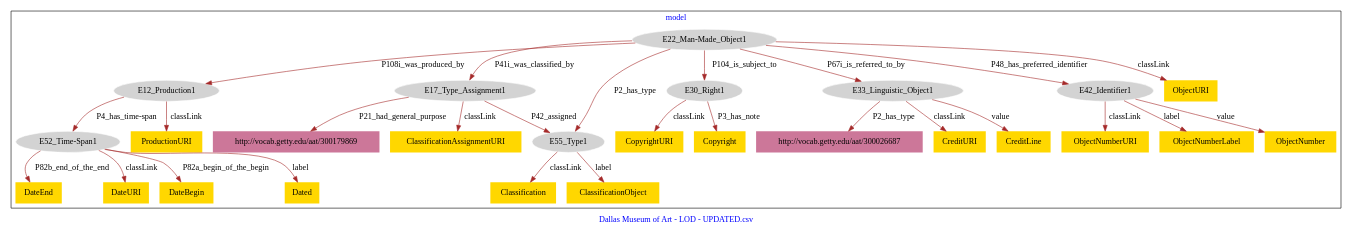
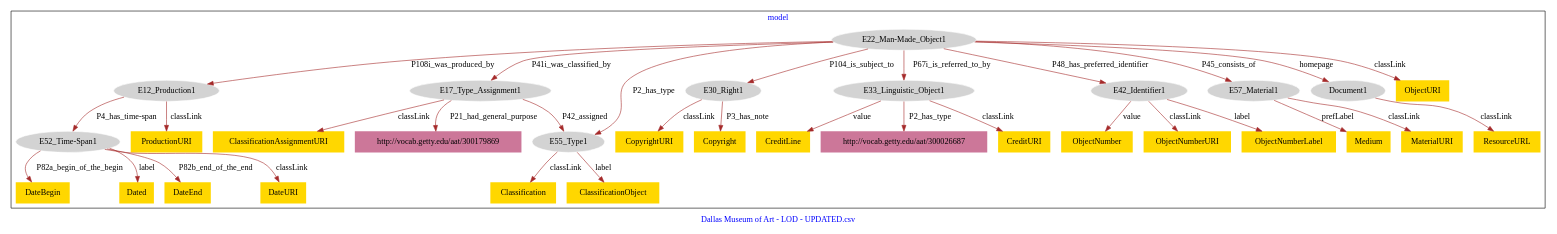
The diagram in Data/DMA-model.dot (american-art/DMA), drawn with Graphviz before and after one commit.

Commit message:
Update file DMA-model.dot

```diff
--- a/Data/DMA-model.dot
+++ b/Data/DMA-model.dot
@@ -1,60 +1,70 @@
 digraph n0 {
 fontcolor="blue"
 remincross="true"
 label="Dallas Museum of Art - LOD - UPDATED.csv"
 subgraph cluster {
 label="model"
 n2[style="filled",color="white",fillcolor="lightgray",label="E12_Production1"];
 n3[style="filled",color="white",fillcolor="lightgray",label="E52_Time-Span1"];
 n4[style="filled",color="white",fillcolor="lightgray",label="E17_Type_Assignment1"];
 n5[style="filled",color="white",fillcolor="lightgray",label="E55_Type1"];
 n6[style="filled",color="white",fillcolor="lightgray",label="E22_Man-Made_Object1"];
 n7[style="filled",color="white",fillcolor="lightgray",label="E30_Right1"];
 n8[style="filled",color="white",fillcolor="lightgray",label="E33_Linguistic_Object1"];
 n9[style="filled",color="white",fillcolor="lightgray",label="E42_Identifier1"];
-n10[shape="plaintext",style="filled",fillcolor="gold",label="ObjectNumberLabel"];
-n11[shape="plaintext",style="filled",fillcolor="gold",label="DateBegin"];
-n12[shape="plaintext",style="filled",fillcolor="gold",label="Dated"];
-n13[shape="plaintext",style="filled",fillcolor="gold",label="DateEnd"];
-n14[shape="plaintext",style="filled",fillcolor="gold",label="Classification"];
-n15[shape="plaintext",style="filled",fillcolor="gold",label="CreditURI"];
-n16[shape="plaintext",style="filled",fillcolor="gold",label="CopyrightURI"];
-n17[shape="plaintext",style="filled",fillcolor="gold",label="ObjectNumber"];
-n18[shape="plaintext",style="filled",fillcolor="gold",label="Copyright"];
-n19[shape="plaintext",style="filled",fillcolor="gold",label="ObjectURI"];
-n20[shape="plaintext",style="filled",fillcolor="gold",label="CreditLine"];
-n21[shape="plaintext",style="filled",fillcolor="gold",label="ClassificationObject"];
-n22[shape="plaintext",style="filled",fillcolor="gold",label="ProductionURI"];
-n23[shape="plaintext",style="filled",fillcolor="gold",label="ObjectNumberURI"];
-n24[shape="plaintext",style="filled",fillcolor="gold",label="DateURI"];
-n25[shape="plaintext",style="filled",fillcolor="gold",label="ClassificationAssignmentURI"];
-n26[shape="plaintext",style="filled",fillcolor="#CC7799",label="http://vocab.getty.edu/aat/300026687"];
-n27[shape="plaintext",style="filled",fillcolor="#CC7799",label="http://vocab.getty.edu/aat/300179869"];
+n10[style="filled",color="white",fillcolor="lightgray",label="E57_Material1"];
+n11[style="filled",color="white",fillcolor="lightgray",label="Document1"];
+n12[shape="plaintext",style="filled",fillcolor="gold",label="ObjectNumberLabel"];
+n13[shape="plaintext",style="filled",fillcolor="gold",label="DateBegin"];
+n14[shape="plaintext",style="filled",fillcolor="gold",label="Dated"];
+n15[shape="plaintext",style="filled",fillcolor="gold",label="Classification"];
+n16[shape="plaintext",style="filled",fillcolor="gold",label="DateEnd"];
+n17[shape="plaintext",style="filled",fillcolor="gold",label="CreditURI"];
+n18[shape="plaintext",style="filled",fillcolor="gold",label="Medium"];
+n19[shape="plaintext",style="filled",fillcolor="gold",label="CopyrightURI"];
+n20[shape="plaintext",style="filled",fillcolor="gold",label="ResourceURL"];
+n21[shape="plaintext",style="filled",fillcolor="gold",label="ObjectNumber"];
+n22[shape="plaintext",style="filled",fillcolor="gold",label="ObjectURI"];
+n23[shape="plaintext",style="filled",fillcolor="gold",label="Copyright"];
+n24[shape="plaintext",style="filled",fillcolor="gold",label="CreditLine"];
+n25[shape="plaintext",style="filled",fillcolor="gold",label="MaterialURI"];
+n26[shape="plaintext",style="filled",fillcolor="gold",label="ClassificationObject"];
+n27[shape="plaintext",style="filled",fillcolor="gold",label="ObjectNumberURI"];
+n28[shape="plaintext",style="filled",fillcolor="gold",label="ProductionURI"];
+n29[shape="plaintext",style="filled",fillcolor="gold",label="DateURI"];
+n30[shape="plaintext",style="filled",fillcolor="gold",label="ClassificationAssignmentURI"];
+n31[shape="plaintext",style="filled",fillcolor="#CC7799",label="http://vocab.getty.edu/aat/300026687"];
+n32[shape="plaintext",style="filled",fillcolor="#CC7799",label="http://vocab.getty.edu/aat/300179869"];
 }
 n2 -> n3[color="brown",fontcolor="black",label="P4_has_time-span"]
 n4 -> n5[color="brown",fontcolor="black",label="P42_assigned"]
 n6 -> n2[color="brown",fontcolor="black",label="P108i_was_produced_by"]
 n6 -> n4[color="brown",fontcolor="black",label="P41i_was_classified_by"]
 n6 -> n7[color="brown",fontcolor="black",label="P104_is_subject_to"]
 n6 -> n8[color="brown",fontcolor="black",label="P67i_is_referred_to_by"]
 n6 -> n9[color="brown",fontcolor="black",label="P48_has_preferred_identifier"]
-n9 -> n10[color="brown",fontcolor="black",label="label"]
-n3 -> n11[color="brown",fontcolor="black",label="P82a_begin_of_the_begin"]
-n3 -> n12[color="brown",fontcolor="black",label="label"]
-n3 -> n13[color="brown",fontcolor="black",label="P82b_end_of_the_end"]
-n5 -> n14[color="brown",fontcolor="black",label="classLink"]
-n8 -> n15[color="brown",fontcolor="black",label="classLink"]
-n7 -> n16[color="brown",fontcolor="black",label="classLink"]
-n9 -> n17[color="brown",fontcolor="black",label="value"]
-n7 -> n18[color="brown",fontcolor="black",label="P3_has_note"]
-n6 -> n19[color="brown",fontcolor="black",label="classLink"]
-n8 -> n20[color="brown",fontcolor="black",label="value"]
-n5 -> n21[color="brown",fontcolor="black",label="label"]
-n2 -> n22[color="brown",fontcolor="black",label="classLink"]
-n9 -> n23[color="brown",fontcolor="black",label="classLink"]
-n3 -> n24[color="brown",fontcolor="black",label="classLink"]
-n4 -> n25[color="brown",fontcolor="black",label="classLink"]
-n8 -> n26[color="brown",fontcolor="black",label="P2_has_type"]
-n4 -> n27[color="brown",fontcolor="black",label="P21_had_general_purpose"]
+n6 -> n10[color="brown",fontcolor="black",label="P45_consists_of"]
+n6 -> n11[color="brown",fontcolor="black",label="homepage"]
+n9 -> n12[color="brown",fontcolor="black",label="label"]
+n3 -> n13[color="brown",fontcolor="black",label="P82a_begin_of_the_begin"]
+n3 -> n14[color="brown",fontcolor="black",label="label"]
+n5 -> n15[color="brown",fontcolor="black",label="classLink"]
+n3 -> n16[color="brown",fontcolor="black",label="P82b_end_of_the_end"]
+n8 -> n17[color="brown",fontcolor="black",label="classLink"]
+n10 -> n18[color="brown",fontcolor="black",label="prefLabel"]
+n7 -> n19[color="brown",fontcolor="black",label="classLink"]
+n11 -> n20[color="brown",fontcolor="black",label="classLink"]
+n9 -> n21[color="brown",fontcolor="black",label="value"]
+n6 -> n22[color="brown",fontcolor="black",label="classLink"]
+n7 -> n23[color="brown",fontcolor="black",label="P3_has_note"]
+n8 -> n24[color="brown",fontcolor="black",label="value"]
+n10 -> n25[color="brown",fontcolor="black",label="classLink"]
+n5 -> n26[color="brown",fontcolor="black",label="label"]
+n9 -> n27[color="brown",fontcolor="black",label="classLink"]
+n2 -> n28[color="brown",fontcolor="black",label="classLink"]
+n3 -> n29[color="brown",fontcolor="black",label="classLink"]
+n4 -> n30[color="brown",fontcolor="black",label="classLink"]
 n6 -> n5[color="brown",fontcolor="black",label="P2_has_type"]
+n8 -> n31[color="brown",fontcolor="black",label="P2_has_type"]
+n4 -> n32[color="brown",fontcolor="black",label="P21_had_general_purpose"]
 }
```
